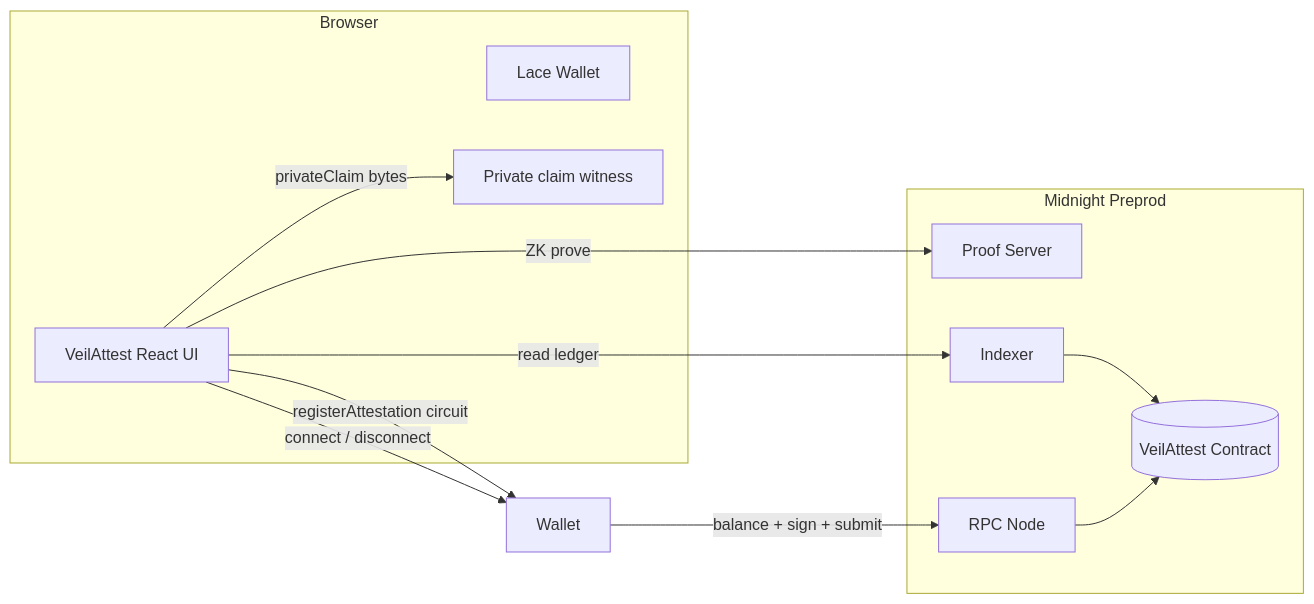
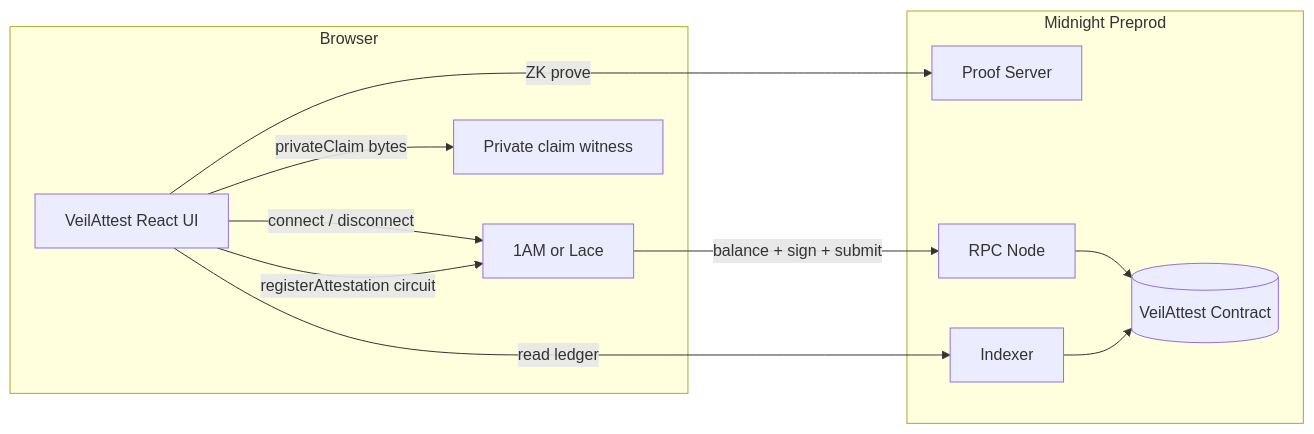
The first of 2 diagrams in README.md (nishant-uxs/veil-attest), drawn with Mermaid before and after one commit. The commit also changed other lines of this file and 4 other files, not shown here.

````diff
--- a/README.md
+++ b/README.md
@@ -23,22 +23,22 @@
 ```mermaid
 flowchart LR
   subgraph Browser
     UI[VeilAttest React UI]
-    Lace[Lace Wallet]
+    Wallet[1AM or Lace]
     Priv[Private claim witness]
   end
   subgraph Midnight Preprod
     PS[Proof Server]
     Idx[Indexer]
     Node[RPC Node]
     C[(VeilAttest Contract)]
   end
   UI -->|connect / disconnect| Wallet
   UI -->|privateClaim bytes| Priv
   UI -->|registerAttestation circuit| Wallet
   Wallet -->|balance + sign + submit| Node
   UI -->|ZK prove| PS
   UI -->|read ledger| Idx
   Node --> C
   Idx --> C
 ```
````
